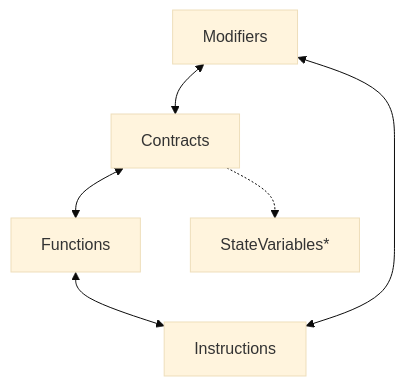
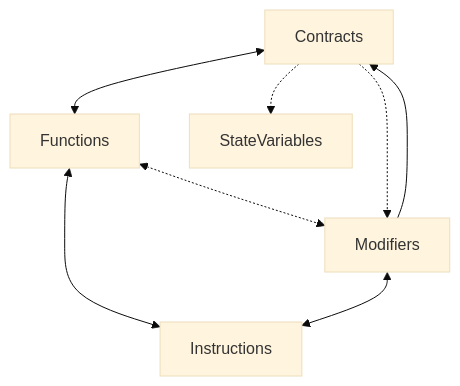
The diagram in articles/boosting-declarative-part/README.md (ustas-eth/daily-glider), drawn with Mermaid (base theme) before and after one commit. The commit also changed other lines of this file, not shown here.

````diff
--- a/articles/boosting-declarative-part/README.md
+++ b/articles/boosting-declarative-part/README.md
@@ -45,10 +45,12 @@
 ```mermaid
 flowchart TD
     Contracts <--> Functions
-    Contracts -.-> StateVariables*
+    Contracts -.-> StateVariables
+    Contracts -.-> Modifiers
 
     Functions <--> Instructions
+    Functions <-.-> Modifiers
 
     Modifiers <--> Instructions
-    Modifiers <--> Contracts
+    Modifiers --> Contracts
 ```
````
